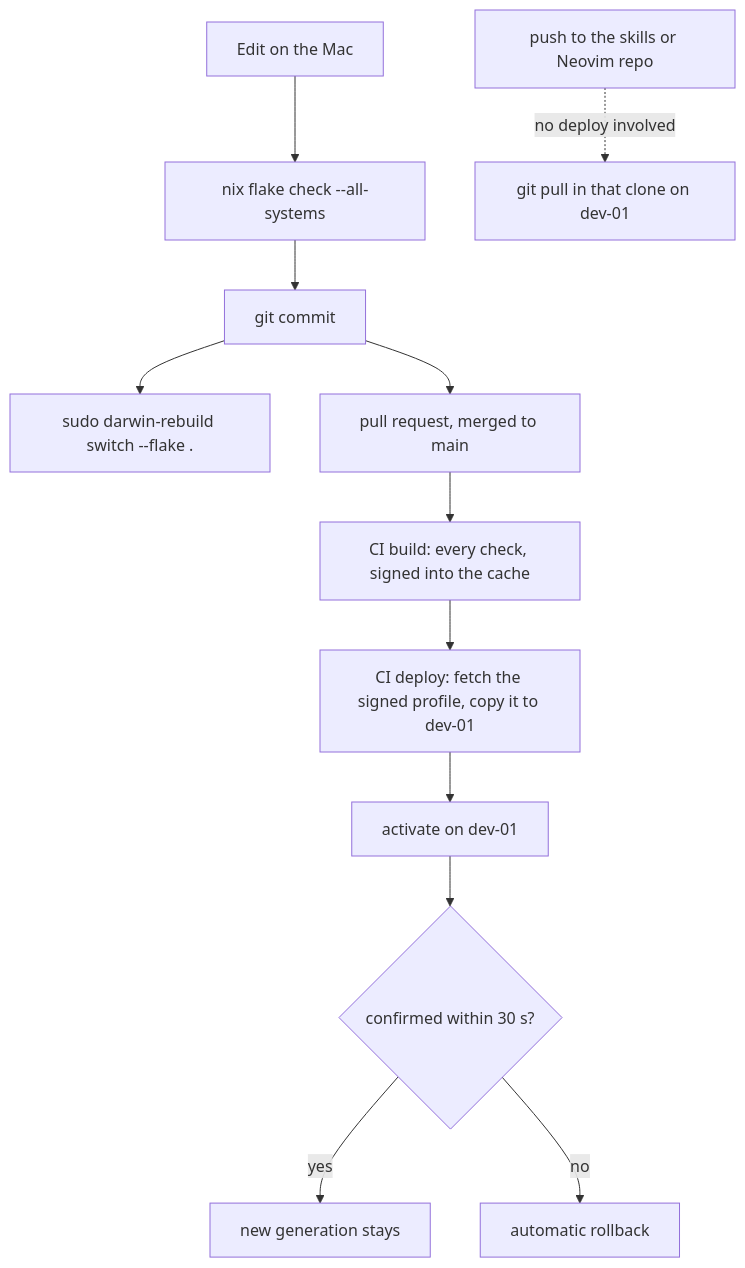
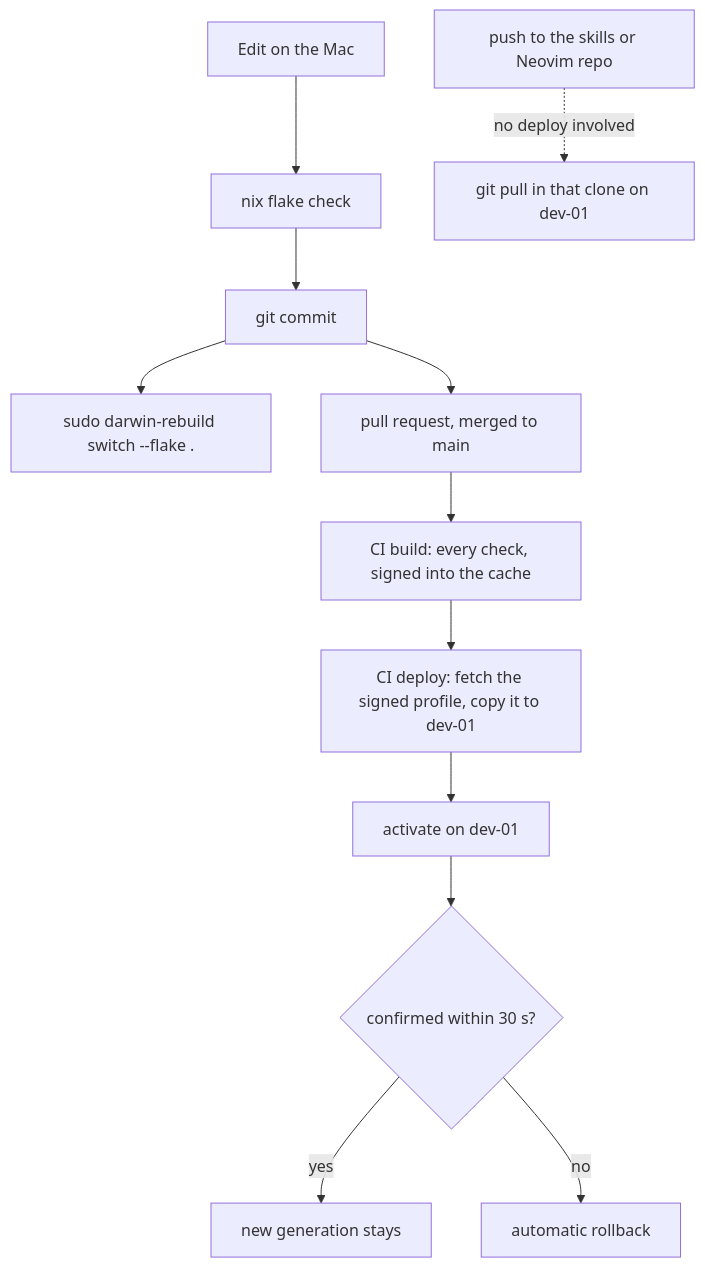
Before and after one commit to mich-murphy/nix-config: the second of 3 diagrams in README.md, drawn with Mermaid. The commit also changed other lines of this file and 2 other files, not shown here.

First line of the commit message:
ci: run pull request checks on Namespace with main's cache; the Mac builds no Linux (#166)

````diff
--- a/README.md
+++ b/README.md
@@ -222,14 +222,14 @@
 ```mermaid
 flowchart TD
-  E["Edit on the Mac"] --> C["nix flake check --all-systems"]
+  E["Edit on the Mac"] --> C["nix flake check"]
   C --> G["git commit"]
   G --> S["sudo darwin-rebuild switch --flake ."]
   G --> PR["pull request, merged to main"]
   PR --> B["CI build: every check, signed into the cache"]
   B --> D["CI deploy: fetch the signed profile, copy it to dev-01"]
   D --> A["activate on dev-01"]
   A --> K{"confirmed within 30 s?"}
   K -->|yes| OK["new generation stays"]
   K -->|no| RB["automatic rollback"]
   R["push to the skills or Neovim repo"] -.->|"no deploy involved"| P["git pull in that clone on dev-01"]
 ```
````
